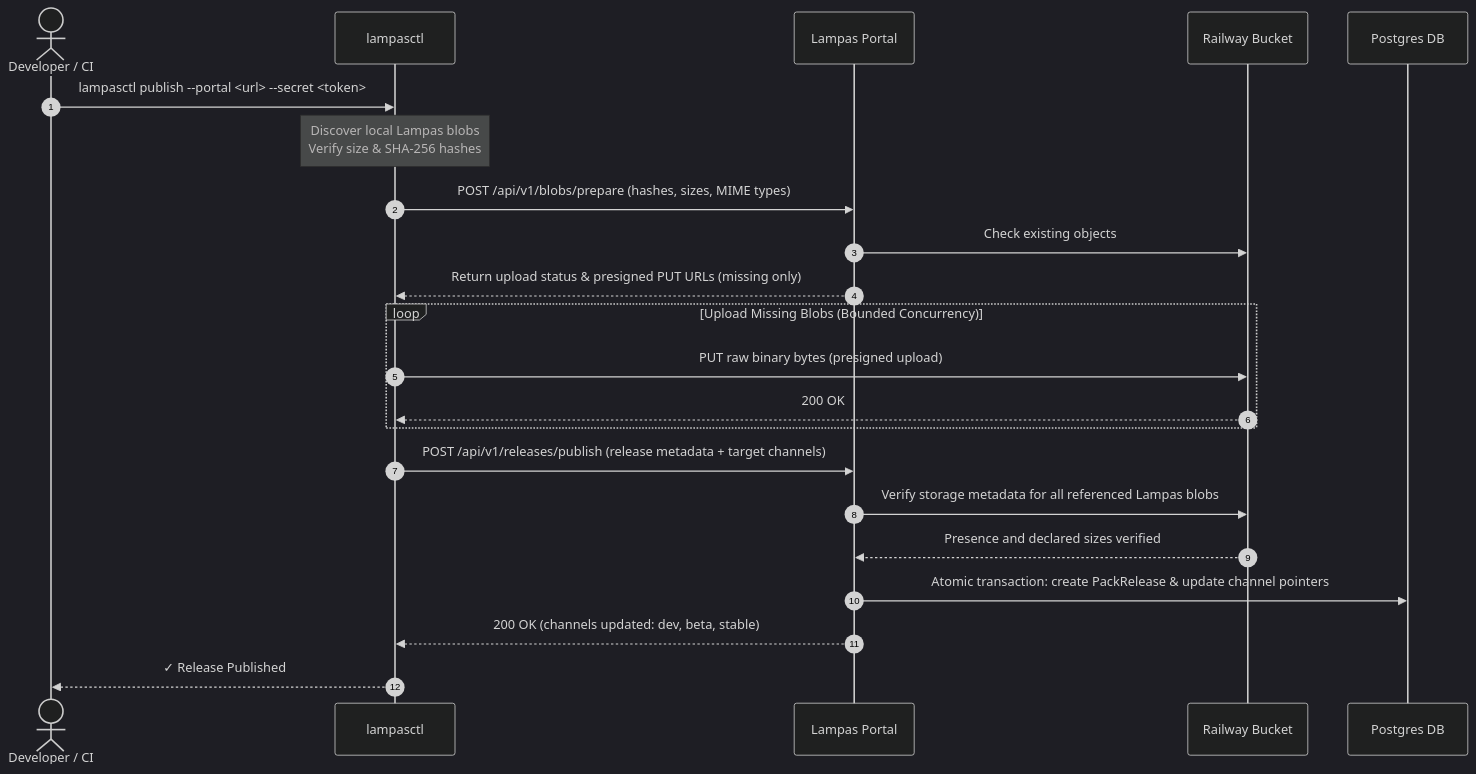
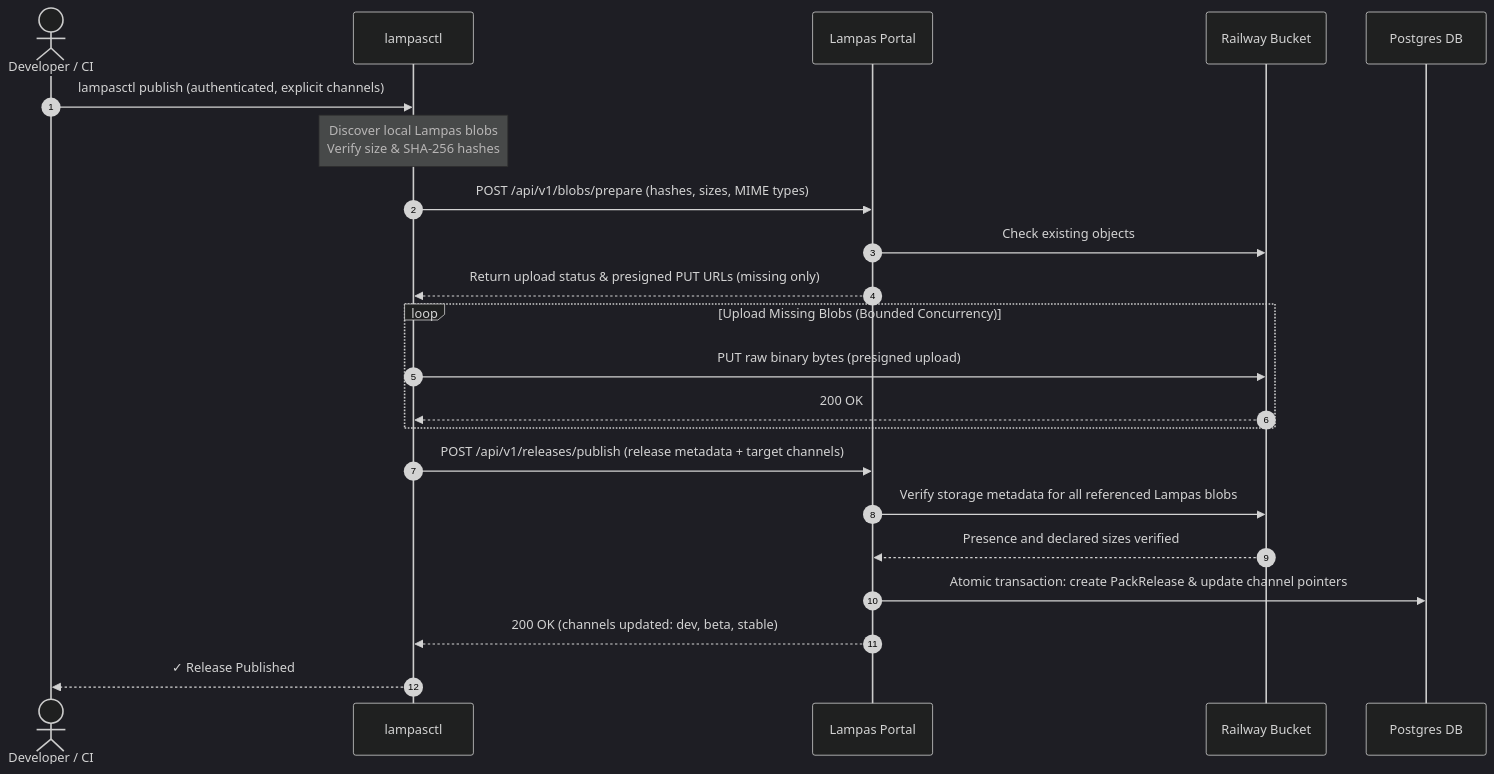
The fourth of 5 diagrams in README.md (justbecauseph/lampas-pipeline), drawn with Mermaid (dark theme) before and after one commit. The commit also changed other lines of this file and 14 other files, not shown here.

````diff
--- a/README.md
+++ b/README.md
@@ -292,27 +296,27 @@
 ```mermaid
 sequenceDiagram
     autonumber
     actor CI as Developer / CI
     participant CLI as lampasctl
     participant Portal as Lampas Portal
     participant S3 as Railway Bucket
     participant DB as Postgres DB
 
-    CI->>CLI: lampasctl publish --portal <url> --secret <token>
+    CI->>CLI: lampasctl publish (authenticated, explicit channels)
     Note over CLI: Discover local Lampas blobs<br/>Verify size & SHA-256 hashes
     CLI->>Portal: POST /api/v1/blobs/prepare (hashes, sizes, MIME types)
     Portal->>S3: Check existing objects
     Portal-->>CLI: Return upload status & presigned PUT URLs (missing only)
 
     loop Upload Missing Blobs (Bounded Concurrency)
         CLI->>S3: PUT raw binary bytes (presigned upload)
         S3-->>CLI: 200 OK
     end
 
     CLI->>Portal: POST /api/v1/releases/publish (release metadata + target channels)
     Portal->>S3: Verify storage metadata for all referenced Lampas blobs
     S3-->>Portal: Presence and declared sizes verified
     Portal->>DB: Atomic transaction: create PackRelease & update channel pointers
     Portal-->>CLI: 200 OK (channels updated: dev, beta, stable)
     CLI-->>CI: ✓ Release Published
 ```
````
